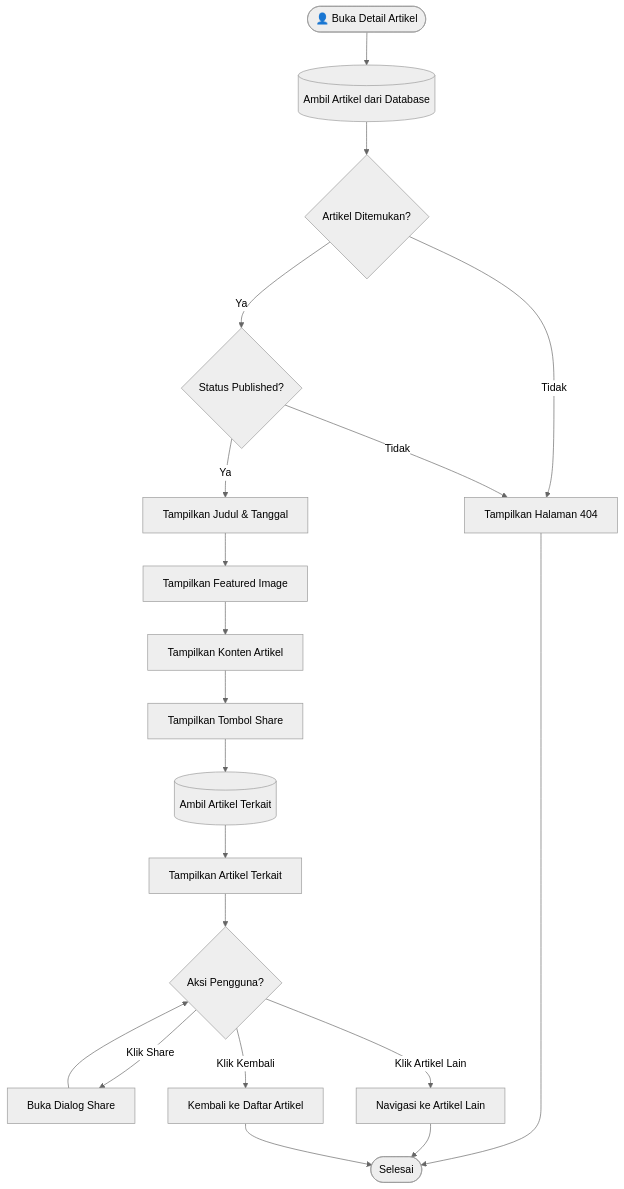
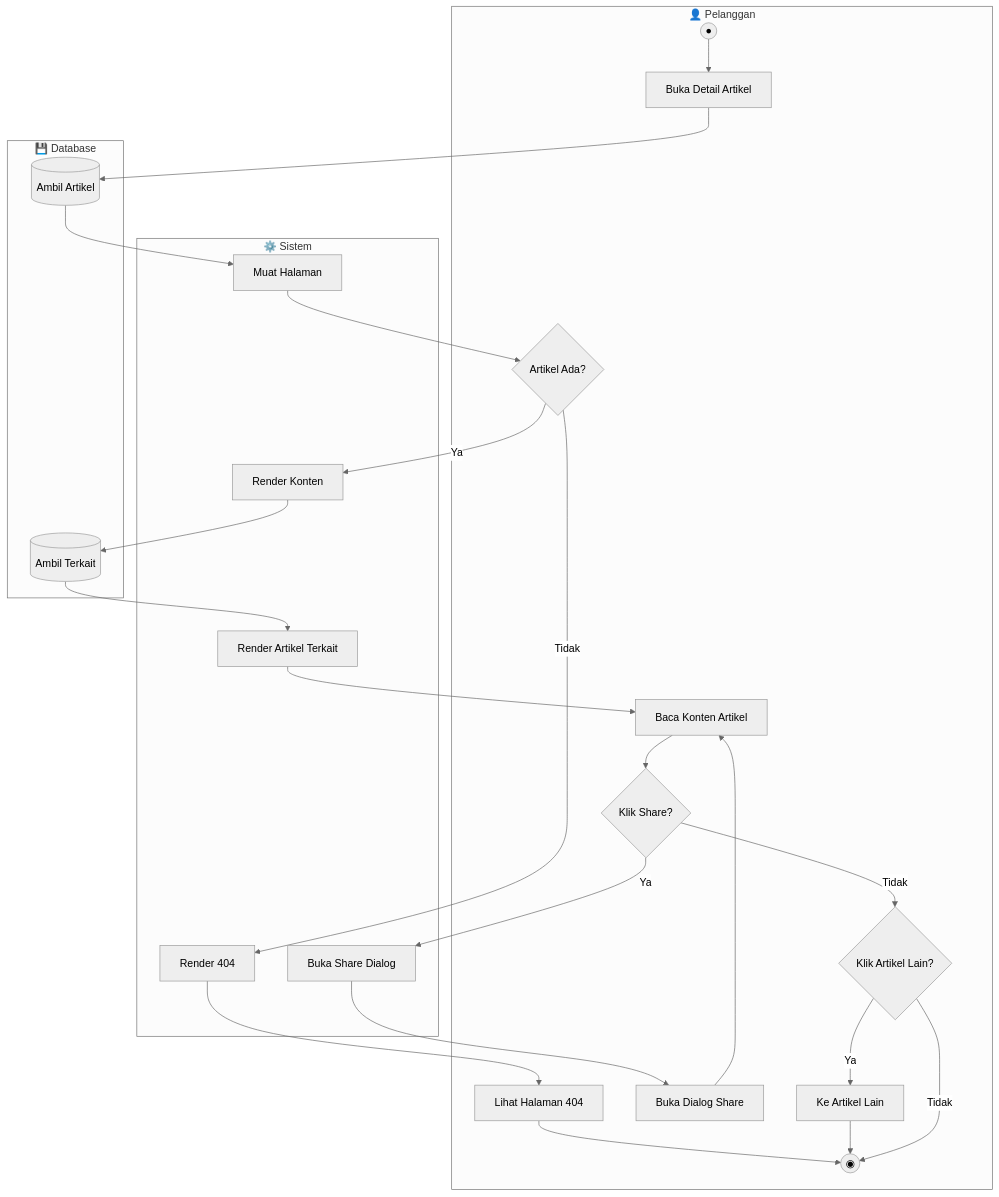
The eighth of 17 diagrams in docs/ACTIVITY_DIAGRAMS.md (mustarisyahding07-spec/WEBSITE_SKRIPSI_MUSTARI), drawn with Mermaid (neutral theme) before and after one commit. The commit also changed other lines of this file, not shown here.

Commit message:
docs: update activity diagrams with swimlane format

````diff
--- a/docs/ACTIVITY_DIAGRAMS.md
+++ b/docs/ACTIVITY_DIAGRAMS.md
@@ -332,28 +445,48 @@
 ```mermaid
 flowchart TD
-    Start([👤 Buka Detail Artikel]) --> FetchArticle[(Ambil Artikel dari Database)]
-    FetchArticle --> ArticleFound{Artikel Ditemukan?}
+    subgraph Pelanggan["👤 Pelanggan"]
+        P1((●))
+        P2[Buka Detail Artikel]
+        P3{Artikel Ada?}
+        P4[Lihat Halaman 404]
+        P5[Baca Konten Artikel]
+        P6{Klik Share?}
+        P7[Buka Dialog Share]
+        P8{Klik Artikel Lain?}
+        P9[Ke Artikel Lain]
+        P10((◉))
+    end
     
-    ArticleFound -->|Tidak| Show404[Tampilkan Halaman 404]
-    Show404 --> End([Selesai])
+    subgraph Sistem["⚙️ Sistem"]
+        S1[Muat Halaman]
+        S2[Render 404]
+        S3[Render Konten]
+        S4[Render Artikel Terkait]
+        S5[Buka Share Dialog]
+    end
     
-    ArticleFound -->|Ya| IsPublished{Status Published?}
-    IsPublished -->|Tidak| Show404
+    subgraph Database["💾 Database"]
+        D1[(Ambil Artikel)]
+        D2[(Ambil Terkait)]
+    end
     
-    IsPublished -->|Ya| DisplayHeader[Tampilkan Judul & Tanggal]
-    DisplayHeader --> DisplayImage[Tampilkan Featured Image]
-    DisplayImage --> DisplayContent[Tampilkan Konten Artikel]
-    DisplayContent --> DisplayShareButtons[Tampilkan Tombol Share]
-    DisplayShareButtons --> FetchRelated[(Ambil Artikel Terkait)]
-    FetchRelated --> DisplayRelated[Tampilkan Artikel Terkait]
-    DisplayRelated --> UserAction{Aksi Pengguna?}
-    
-    UserAction -->|Klik Share| OpenShareDialog[Buka Dialog Share]
-    OpenShareDialog --> UserAction
-    
-    UserAction -->|Klik Artikel Lain| GoToOther[Navigasi ke Artikel Lain]
-    GoToOther --> End
-    
-    UserAction -->|Klik Kembali| GoToList[Kembali ke Daftar Artikel]
-    GoToList --> End
+    P1 --> P2
+    P2 --> D1
+    D1 --> S1
+    S1 --> P3
+    P3 -->|Tidak| S2
+    S2 --> P4
+    P4 --> P10
+    P3 -->|Ya| S3
+    S3 --> D2
+    D2 --> S4
+    S4 --> P5
+    P5 --> P6
+    P6 -->|Ya| S5
+    S5 --> P7
+    P7 --> P5
+    P6 -->|Tidak| P8
+    P8 -->|Ya| P9
+    P9 --> P10
+    P8 -->|Tidak| P10
 ```
````
